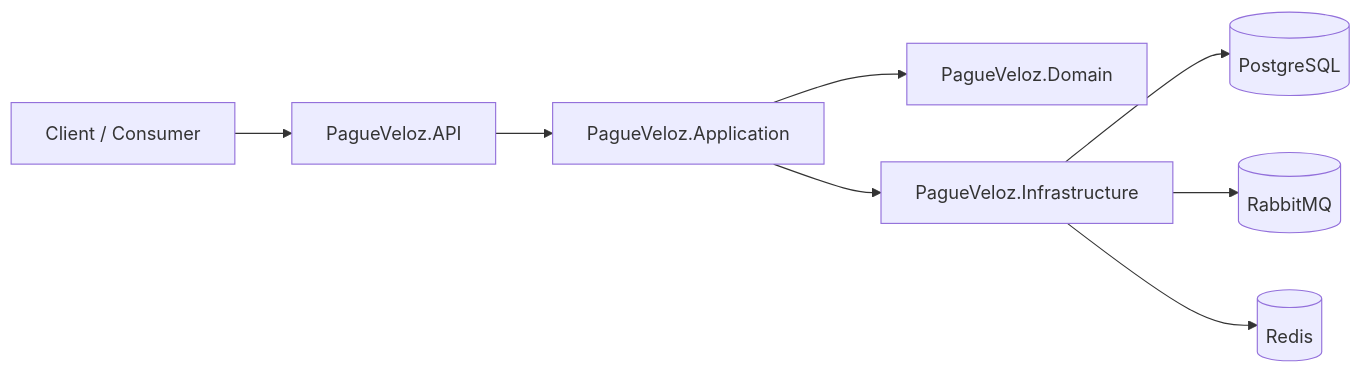
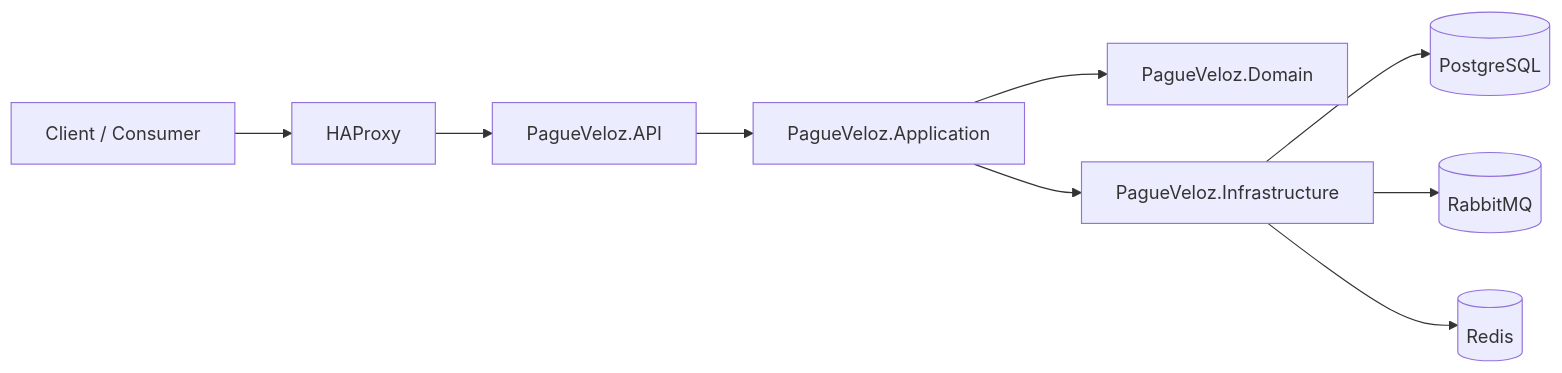
Before and after one commit to diogomassis/pagueveloz: the first of 2 diagrams in .github/.md/README.en.md, drawn with Mermaid. The commit also changed other lines of this file and 1 other file, not shown here.

Commit message:
docs: update architecture diagrams to include HAProxy in request flow

````diff
--- a/.github/.md/README.en.md
+++ b/.github/.md/README.en.md
@@ -69,10 +69,11 @@
 ```mermaid
 flowchart LR
- Client[Client / Consumer] --> API[PagueVeloz.API]
+ Client[Client / Consumer] --> HAP[HAProxy]
+ HAP --> API[PagueVeloz.API]
  API --> App[PagueVeloz.Application]
  App --> Domain[PagueVeloz.Domain]
  App --> Infra[PagueVeloz.Infrastructure]
  Infra --> DB[(PostgreSQL)]
  Infra --> MQ[(RabbitMQ)]
  Infra --> Cache[(Redis)]
 ```
````
